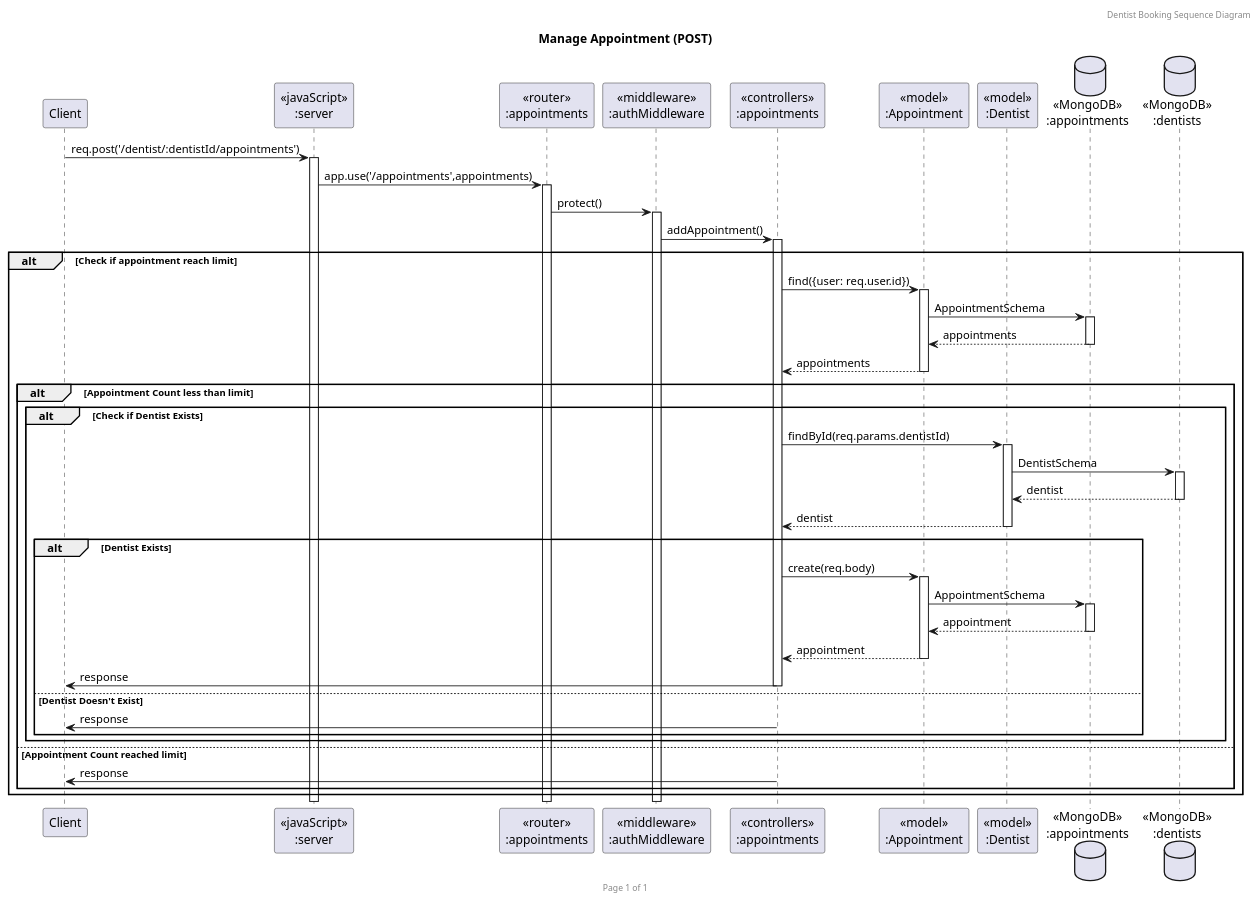
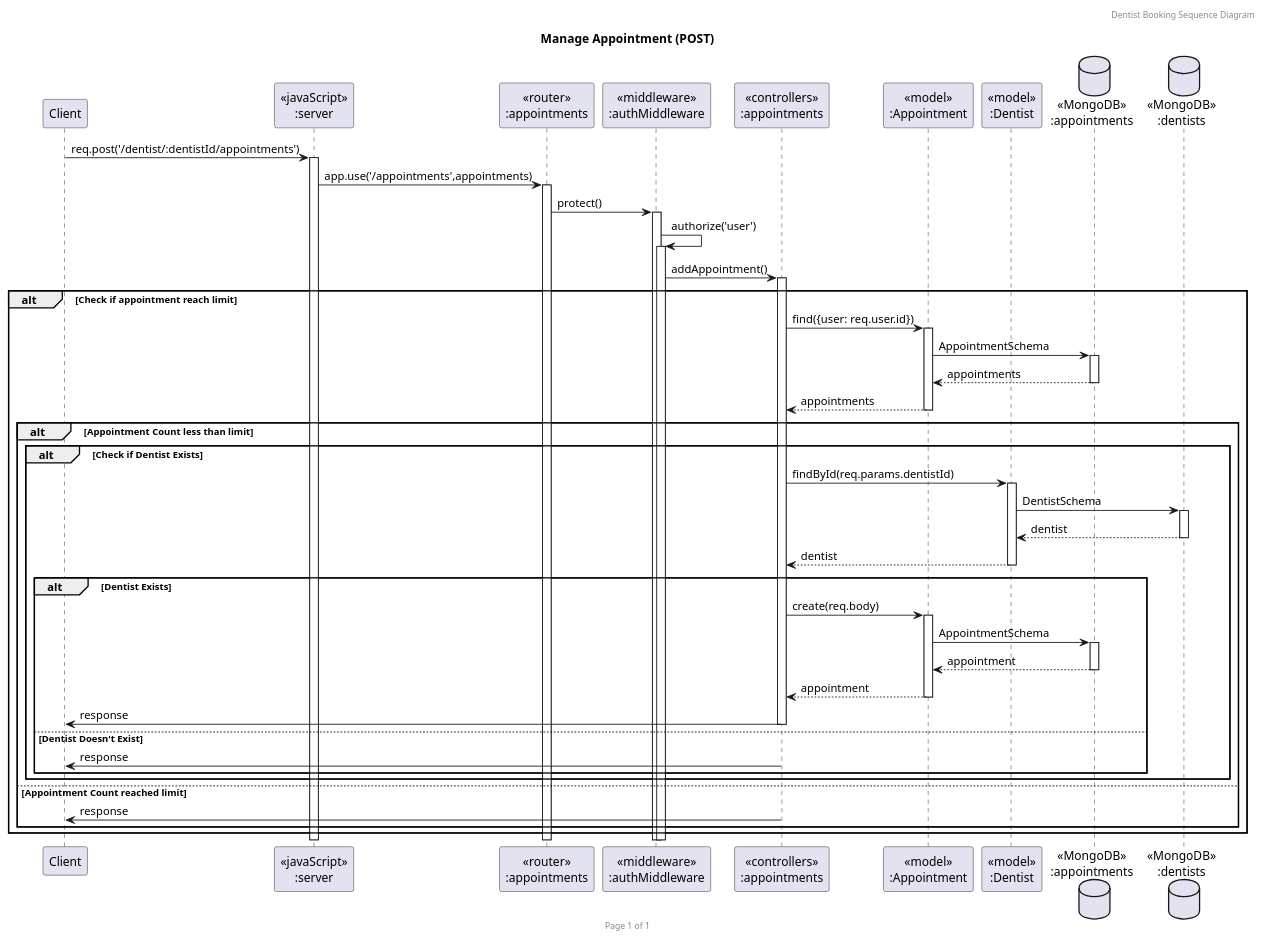
Before and after one commit to KoalaMuch/DentistBooking: the diagram in doc/sequence_diagram/AddAppointment.puml, drawn with PlantUML. The commit also changed 4 other files, not shown here.

```diff
--- a/doc/sequence_diagram/AddAppointment.puml
+++ b/doc/sequence_diagram/AddAppointment.puml
@@ -1,48 +1,49 @@
 @startuml Manage Appointment (POST)
 
 header Dentist Booking Sequence Diagram
 footer Page %page% of %lastpage%
 title "Manage Appointment (POST)"
 
 participant "Client" as client
 participant "<<javaScript>>\n:server" as server
 participant "<<router>>\n:appointments" as routerAppointments
 participant "<<middleware>>\n:authMiddleware" as authMiddleware
 participant "<<controllers>>\n:appointments" as controllersAppointments
 participant "<<model>>\n:Appointment" as modelAppointment
 participant "<<model>>\n:Dentist" as modelDentist
 database "<<MongoDB>>\n:appointments" as AppointmentsDatabase
 database "<<MongoDB>>\n:dentists" as DentistsDatabase
 
 client->server ++:req.post('/dentist/:dentistId/appointments')
 server->routerAppointments ++:app.use('/appointments',appointments)
 routerAppointments->authMiddleware ++:protect()
+authMiddleware->authMiddleware ++:authorize('user')
 authMiddleware->controllersAppointments ++:addAppointment()
 
 alt Check if appointment reach limit
     controllersAppointments->modelAppointment ++:find({user: req.user.id})
     modelAppointment ->AppointmentsDatabase ++: AppointmentSchema
     AppointmentsDatabase --> modelAppointment --: appointments
     controllersAppointments <-- modelAppointment --:appointments
     alt Appointment Count less than limit
         alt Check if Dentist Exists
             controllersAppointments->modelDentist ++:findById(req.params.dentistId)
             modelDentist -> DentistsDatabase ++: DentistSchema
             DentistsDatabase --> modelDentist --: dentist
             controllersAppointments <-- modelDentist --:dentist
             alt Dentist Exists
                 controllersAppointments->modelAppointment ++:create(req.body)
                 modelAppointment ->AppointmentsDatabase ++: AppointmentSchema
                 AppointmentsDatabase --> modelAppointment --: appointment
                 controllersAppointments <-- modelAppointment --:appointment
                 controllersAppointments->client --:response
             else Dentist Doesn't Exist
                 controllersAppointments->client --:response
             end
         end
     else Appointment Count reached limit
         controllersAppointments->client --:response
     end
 end
 
 @enduml
```
